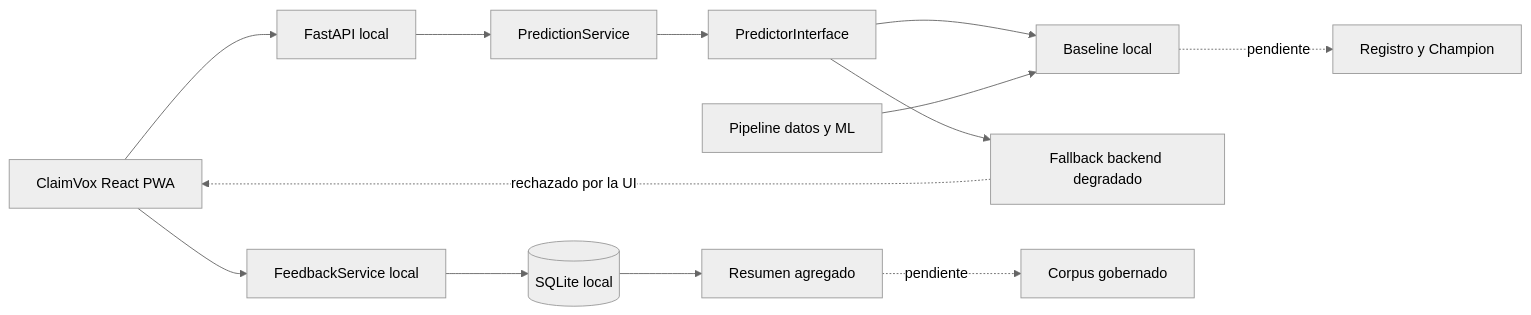
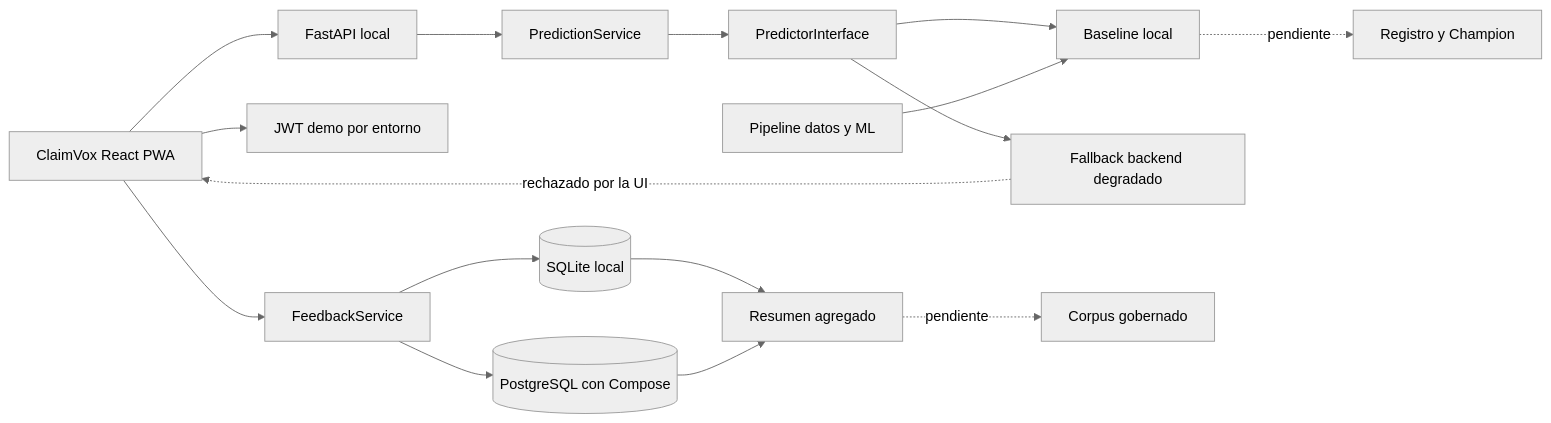
One commit to Bootcamp-IA-MAD-P7/Proyecto6-Grupo1 changed the diagram in README.md. Above: the diagram before and after it, drawn with Mermaid (neutral theme). The commit also changed other lines of this file and 63 other files, not shown here.

````diff
--- a/README.md
+++ b/README.md
@@ -114,15 +115,18 @@
 ```mermaid
 flowchart LR
     UI[ClaimVox React PWA] --> API[FastAPI local]
     API --> PS[PredictionService]
     PS --> PI[PredictorInterface]
     PI --> LR[Baseline local]
     PI --> MOCK[Fallback backend degradado]
     MOCK -. rechazado por la UI .-> UI
-    UI --> FS[FeedbackService local]
+    UI --> AUTH[JWT demo por entorno]
+    UI --> FS[FeedbackService]
     FS --> SQLITE[(SQLite local)]
+    FS --> PG[(PostgreSQL con Compose)]
     SQLITE --> AGG[Resumen agregado]
+    PG --> AGG
     PIPE[Pipeline datos y ML] --> LR
     LR -. pendiente .-> REG[Registro y Champion]
     AGG -. pendiente .-> RETRAIN[Corpus gobernado]
 ```
````
